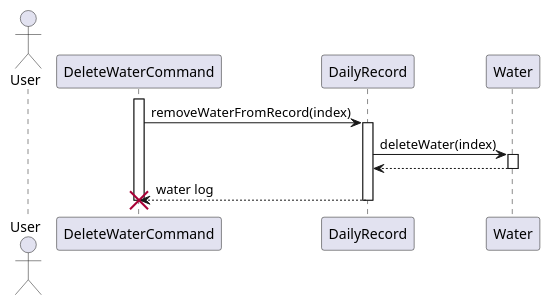
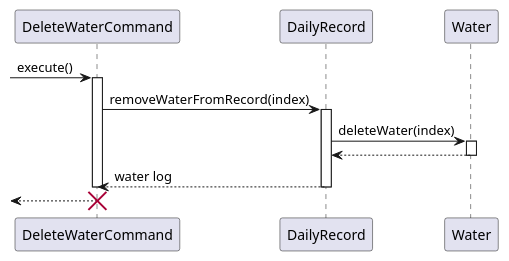
One commit to nus-cs2113-AY2425S1/tp changed the diagram in docs/diagrams/deleteWaterSequenceDiagram.puml. Above: the diagram before and after it, drawn with PlantUML. The commit also changed 2 other files, not shown here.

```diff
--- a/docs/diagrams/deleteWaterSequenceDiagram.puml
+++ b/docs/diagrams/deleteWaterSequenceDiagram.puml
@@ -1,20 +1,23 @@
 @startuml
-actor User
+
 participant "DeleteWaterCommand" as DeleteCmd
 participant "DailyRecord" as DailyRec
 
+-> DeleteCmd : execute()
 activate DeleteCmd
 DeleteCmd -> DailyRec: removeWaterFromRecord(index)
 activate DailyRec
 
 DailyRec -> Water: deleteWater(index)
 activate Water
 Water --> DailyRec
 deactivate Water
 
 DailyRec --> DeleteCmd: water log
 deactivate DailyRec
 
 deactivate DeleteCmd
+<-- DeleteCmd :
 destroy DeleteCmd
+
 @enduml
```
